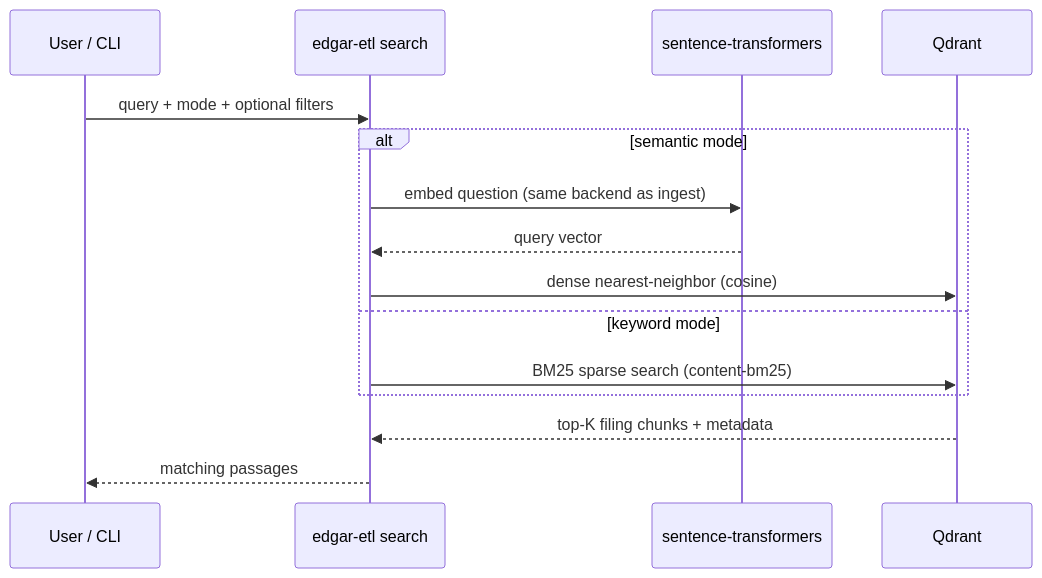
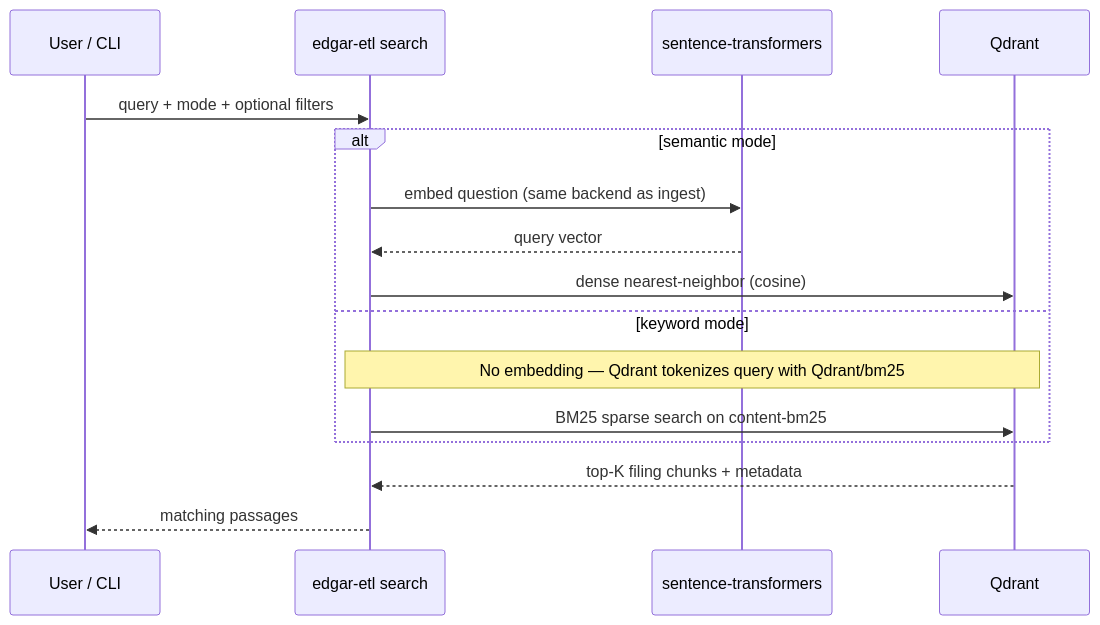
The third of 4 diagrams in README.md (sanjuthomas/sec-edgar-filings-to-qdrant), drawn with Mermaid before and after one commit. The commit also changed other lines of this file and 1 other file, not shown here.

Commit message:
Release v0.4.0: document Qdrant BM25 and bump package version.

````diff
--- a/README.md
+++ b/README.md
@@ -153,18 +154,19 @@
 ```mermaid
 sequenceDiagram
     participant User as User / CLI
     participant Search as edgar-etl search
     participant Model as sentence-transformers
     participant Qdrant as Qdrant
 
     User->>Search: query + mode + optional filters
     alt semantic mode
         Search->>Model: embed question (same backend as ingest)
         Model-->>Search: query vector
         Search->>Qdrant: dense nearest-neighbor (cosine)
     else keyword mode
-        Search->>Qdrant: BM25 sparse search (content-bm25)
+        Note over Search,Qdrant: No embedding — Qdrant tokenizes query with Qdrant/bm25
+        Search->>Qdrant: BM25 sparse search on content-bm25
     end
     Qdrant-->>Search: top-K filing chunks + metadata
     Search-->>User: matching passages
 ```
````
